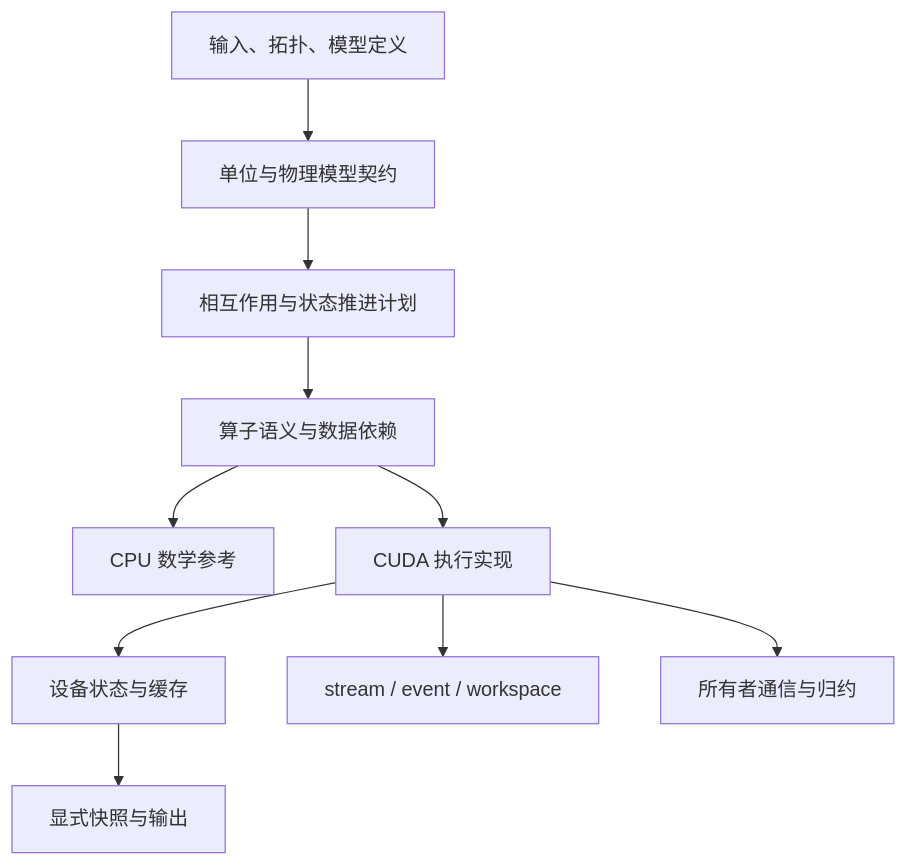
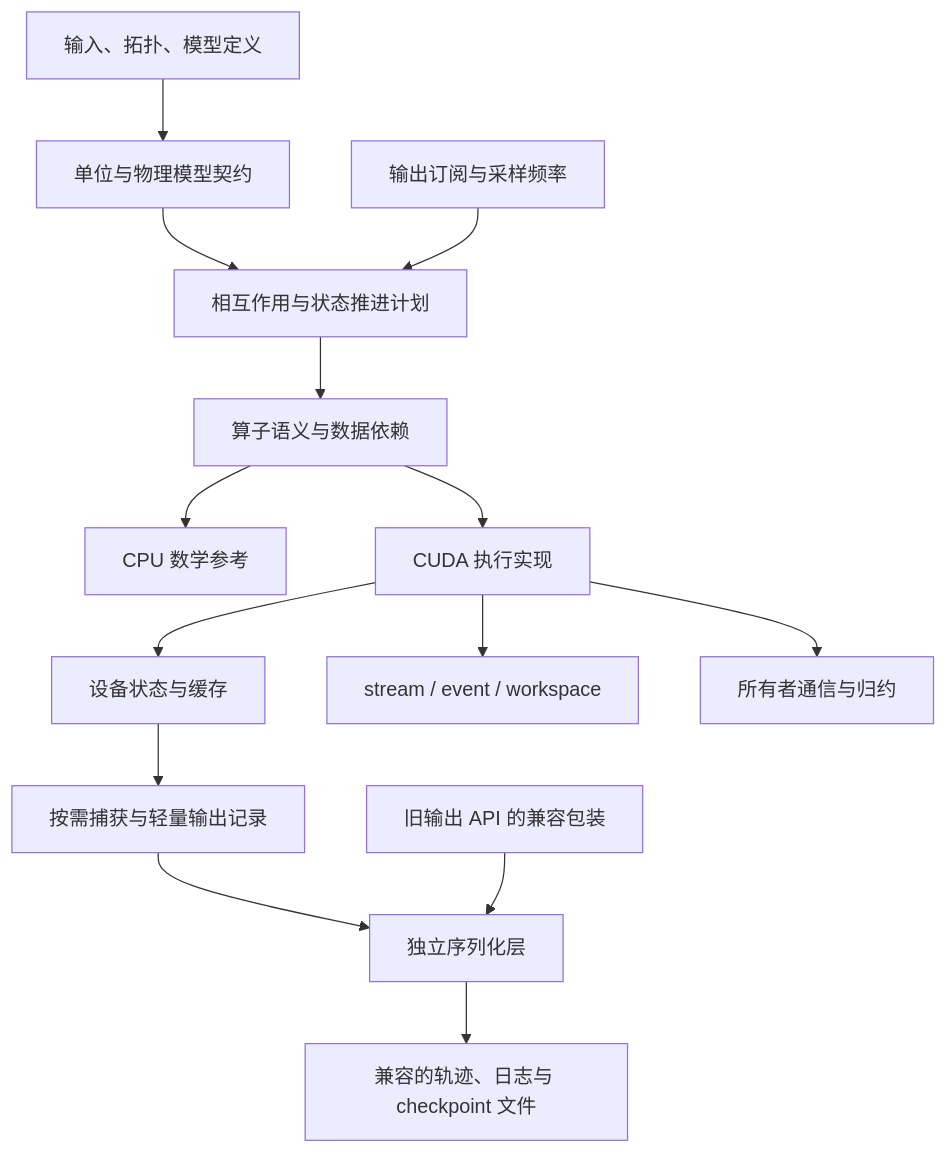
Before and after one commit to kiana-0423/GMD: the diagram in next/docs/architecture.md, drawn with Mermaid. The commit also changed other lines of this file and 50 other files, not shown here.

````diff
--- a/next/docs/architecture.md
+++ b/next/docs/architecture.md
@@ -11,12 +13,16 @@
 ```mermaid
 flowchart TD
     Input[输入、拓扑、模型定义] --> Model[单位与物理模型契约]
     Model --> Plan[相互作用与状态推进计划]
     Plan --> Ops[算子语义与数据依赖]
     Ops --> CPU[CPU 数学参考]
     Ops --> CUDA[CUDA 执行实现]
     CUDA --> Storage[设备状态与缓存]
     CUDA --> Runtime[stream / event / workspace]
     CUDA --> Comm[所有者通信与归约]
-    Storage --> Output[显式快照与输出]
+    Requests[输出订阅与采样频率] --> Plan
+    Storage --> Output[按需捕获与轻量输出记录]
+    Output --> Writer[独立序列化层]
+    Writer --> Files[兼容的轨迹、日志与 checkpoint 文件]
+    LegacyAPI[旧输出 API 的兼容包装] --> Writer
 ```
````
